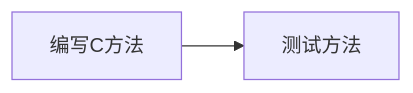
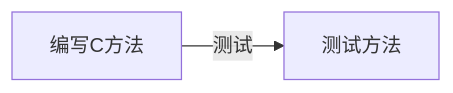
Before and after one commit to djxc/aboutWork: the first of 2 diagrams in 学习笔记/其他/关于vscode中的markdown.md, drawn with Mermaid. The commit also changed 3 other files, not shown here.

````diff
--- a/学习笔记/其他/关于vscode中的markdown.md
+++ b/学习笔记/其他/关于vscode中的markdown.md
@@ -38,4 +38,4 @@
 ```mermaid
 graph LR;  
-编写C方法 --> 测试方法
+编写C方法 --测试--> 测试方法
 ```
````
